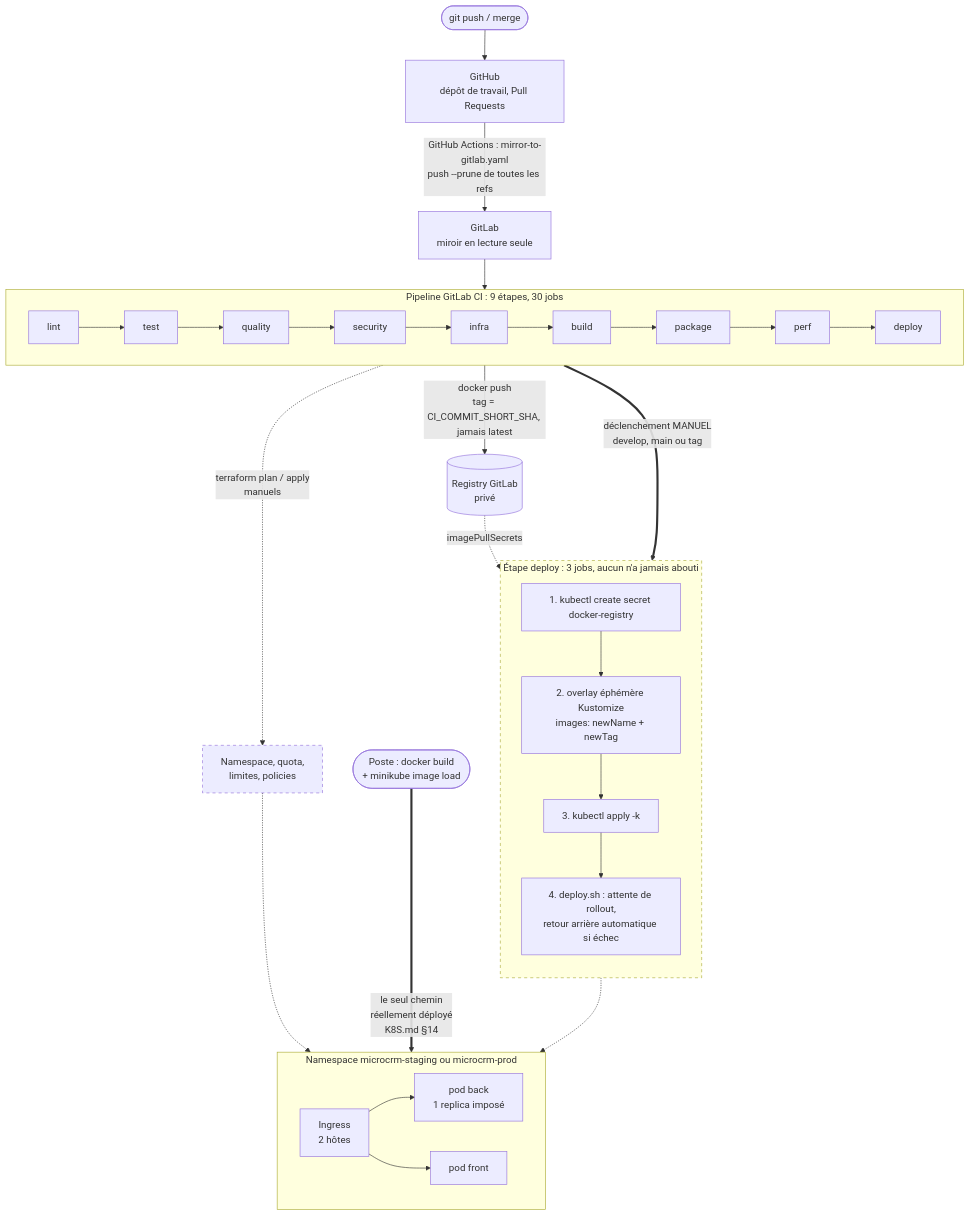
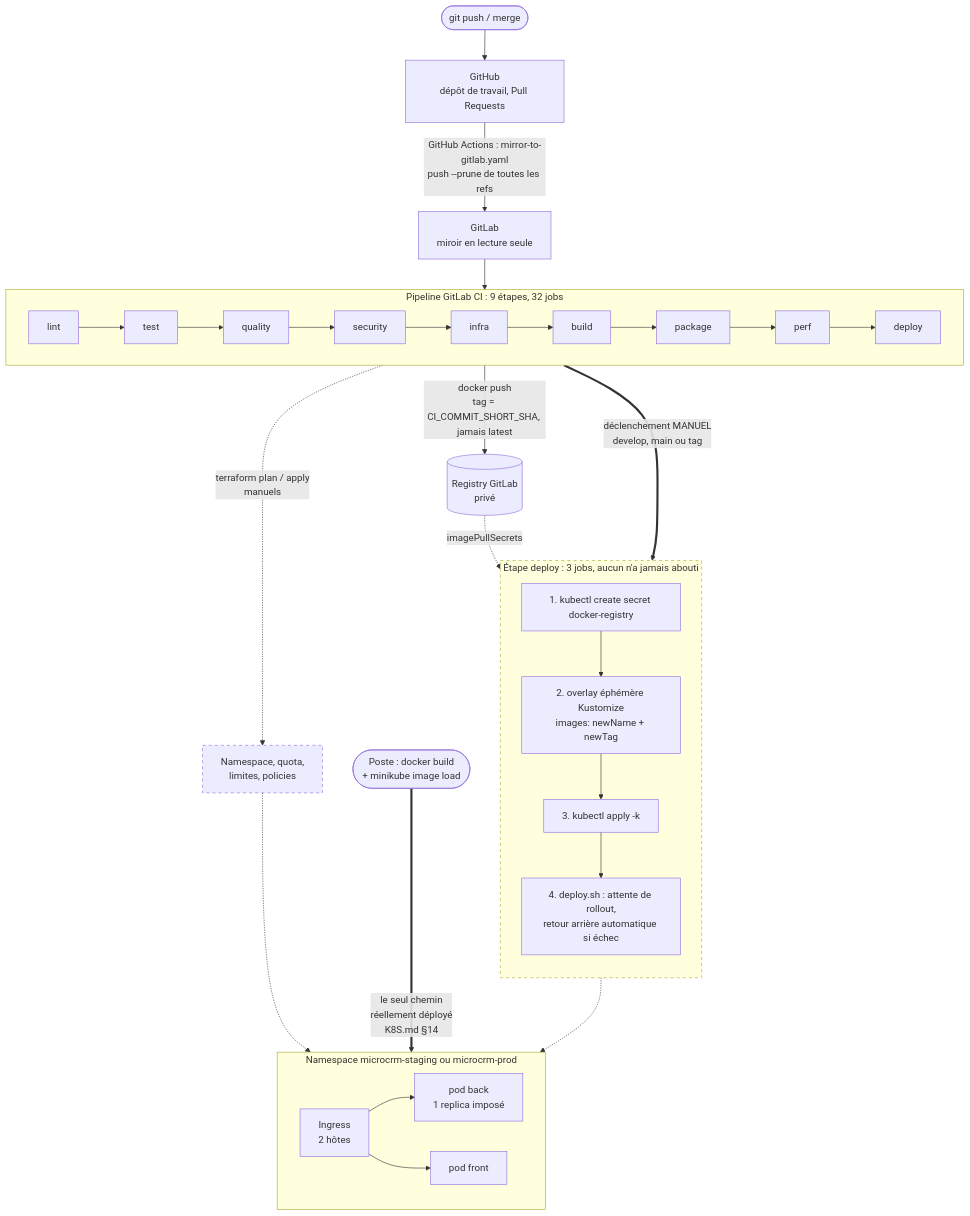
The sixth of 8 diagrams in ARCHITECTURE.md (TedPasquiet/G-rez-le-cycle-de-vie-de-d-veloppement-logiciel), drawn with Mermaid before and after one commit. The commit also changed other lines of this file and 23 other files, not shown here.

Commit message:
feat(infra): état Terraform partagé et accès cluster par l'agent GitLab

````diff
--- a/ARCHITECTURE.md
+++ b/ARCHITECTURE.md
@@ -276,43 +276,43 @@
 ```mermaid
 flowchart TB
     dev(["git push / merge"]) --> gh["GitHub<br/>dépôt de travail, Pull Requests"]
     gh -->|"GitHub Actions : mirror-to-gitlab.yaml<br/>push --prune de toutes les refs"| gl["GitLab<br/>miroir en lecture seule"]
     gl --> pipe
 
-    subgraph pipe["Pipeline GitLab CI : 9 étapes, 30 jobs"]
+    subgraph pipe["Pipeline GitLab CI : 9 étapes, 32 jobs"]
         direction LR
         s1["lint"] --> s2["test"] --> s3["quality"] --> s4["security"] --> s5["infra"] --> s6["build"] --> s7["package"] --> s8["perf"] --> s9["deploy"]
     end
 
     s7 -->|"docker push<br/>tag = CI_COMMIT_SHORT_SHA, jamais latest"| reg[("Registry GitLab<br/>privé")]
     s5 -.->|"terraform plan / apply<br/>manuels"| tf["Namespace, quota,<br/>limites, policies"]
 
     s9 == "déclenchement MANUEL<br/>develop, main ou tag" ==> jobs
 
     subgraph jobs["Étape deploy : 3 jobs, aucun n'a jamais abouti"]
         direction TB
         j1["1. kubectl create secret docker-registry"]
         j2["2. overlay éphémère Kustomize<br/>images: newName + newTag"]
         j3["3. kubectl apply -k"]
         j4["4. deploy.sh : attente de rollout,<br/>retour arrière automatique si échec"]
         j1 --> j2 --> j3 --> j4
     end
 
     reg -.->|"imagePullSecrets"| j3
     tf -.-> ns
     j4 -.-> ns
 
     subgraph ns["Namespace microcrm-staging ou microcrm-prod"]
         direction LR
         ing["Ingress<br/>2 hôtes"]
         pb["pod back<br/>1 replica imposé"]
         pf["pod front"]
         ing --> pb
         ing --> pf
     end
 
     poste(["Poste : docker build<br/>+ minikube image load"]) ==>|"le seul chemin<br/>réellement déployé<br/>K8S.md §14"| ns
 
     classDef jamais stroke-dasharray: 5 5;
     class jobs,tf jamais;
 ```
````
